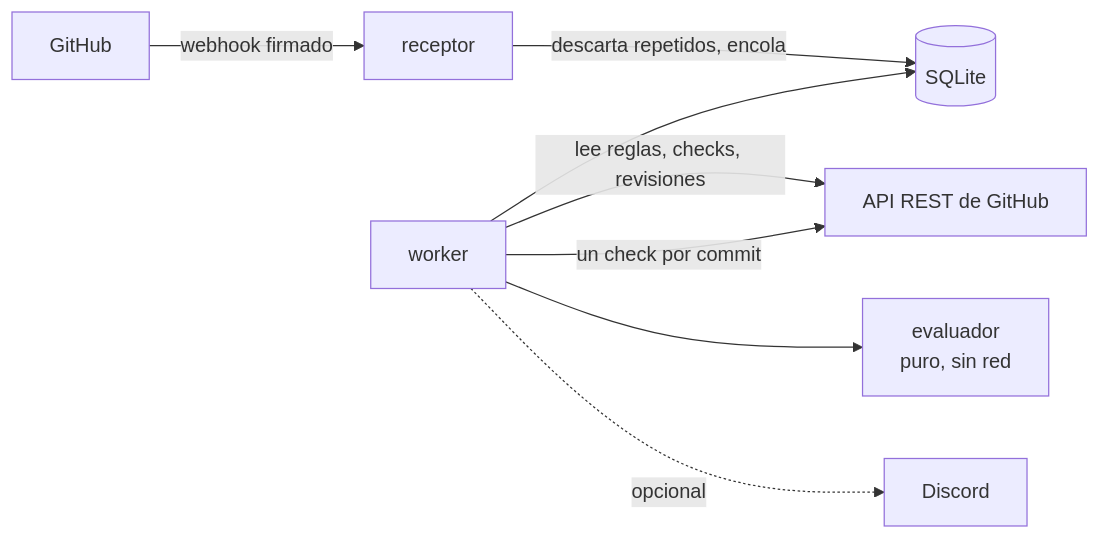
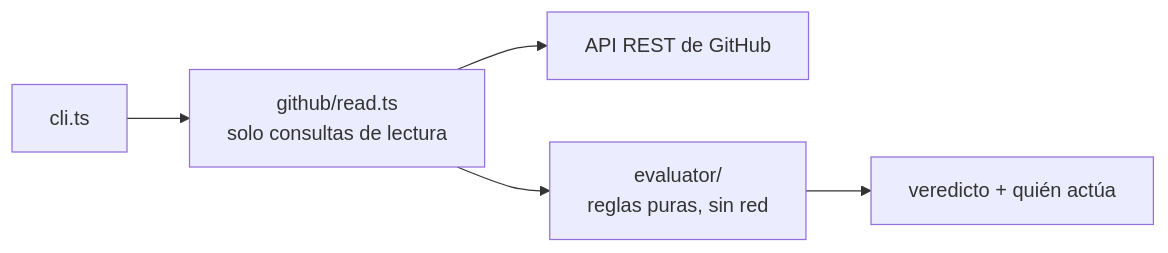
The diagram in README.es.md (bbenedev/PRotocol), drawn with Mermaid before and after one commit. The commit also changed other lines of this file and 1 other file, not shown here.

````diff
--- a/README.es.md
+++ b/README.es.md
@@ -109,10 +123,7 @@
 ```mermaid
 flowchart LR
-  GH[GitHub] -- webhook firmado --> RX[receptor]
-  RX -- descarta repetidos, encola --> DB[(SQLite)]
-  WK[worker] --> DB
-  WK -- lee reglas, checks, revisiones --> API[API REST de GitHub]
-  WK --> EV[evaluador<br/>puro, sin red]
-  WK -- un check por commit --> API
-  WK -. opcional .-> DC[Discord]
+  CLI[cli.ts] --> READ[github/read.ts<br/>solo consultas de lectura]
+  READ --> API[API REST de GitHub]
+  READ --> EV[evaluator/<br/>reglas puras, sin red]
+  EV --> OUT[veredicto + quién actúa]
 ```
````
